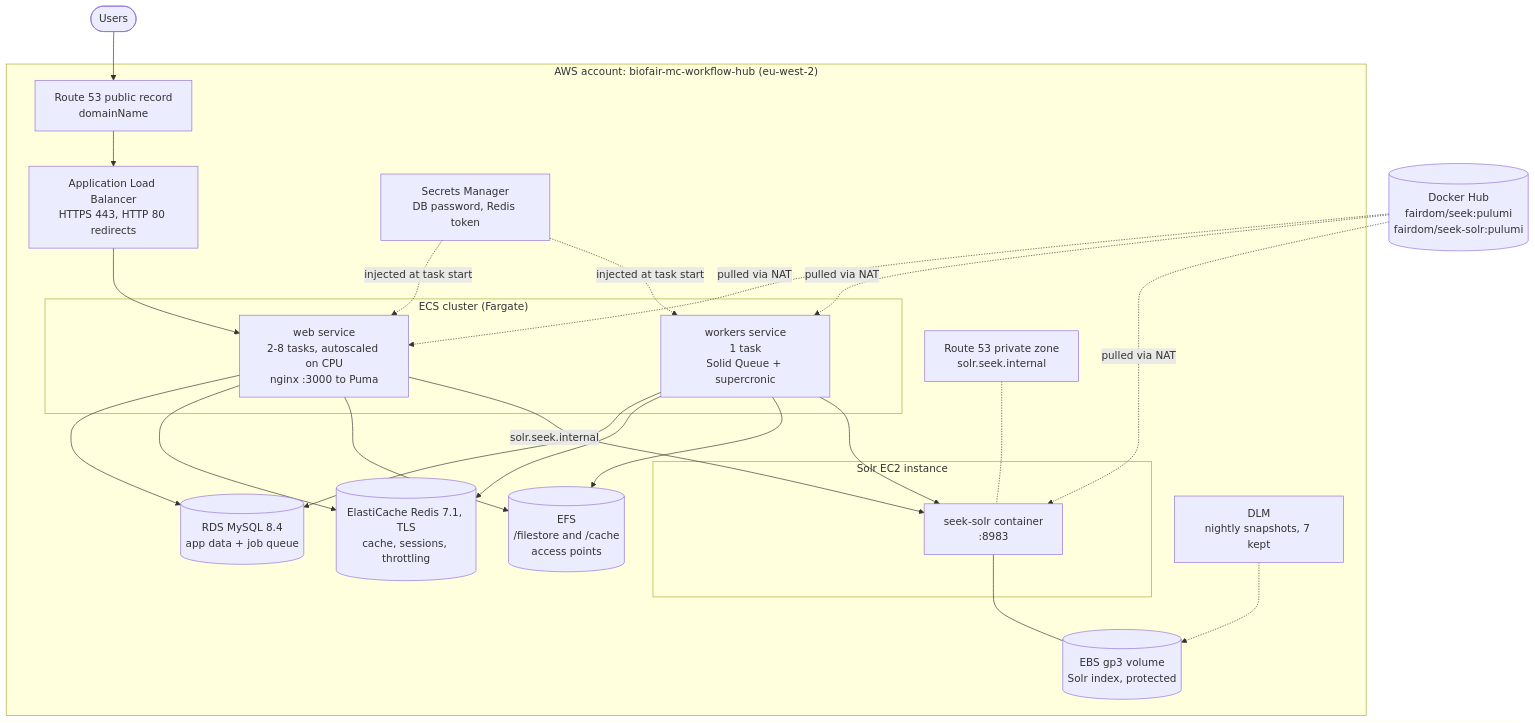
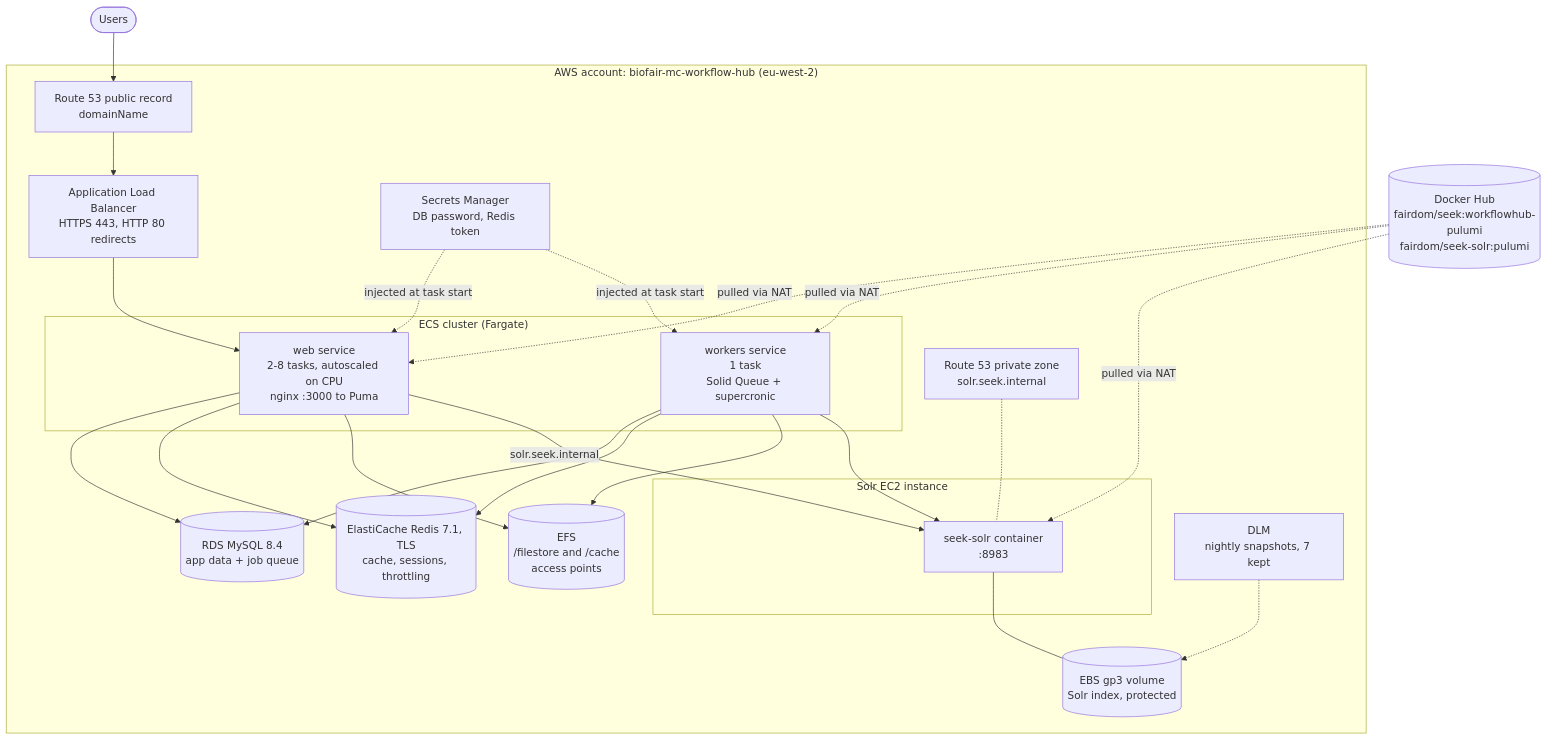
One commit to seek4science/seek changed the second of 4 diagrams in docs/pulumi-architecture.md. Above: the diagram before and after it, drawn with Mermaid. The commit also changed 5 other files, not shown here.

````diff
--- a/docs/pulumi-architecture.md
+++ b/docs/pulumi-architecture.md
@@ -66,45 +66,45 @@
 ```mermaid
 flowchart TB
     users(["Users"])
-    hub[("Docker Hub<br/>fairdom/seek:pulumi<br/>fairdom/seek-solr:pulumi")]
+    hub[("Docker Hub<br/>fairdom/seek:workflowhub-pulumi<br/>fairdom/seek-solr:pulumi")]
 
     subgraph aws["AWS account: biofair-mc-workflow-hub (eu-west-2)"]
         dns["Route 53 public record<br/>domainName"]
         alb["Application Load Balancer<br/>HTTPS 443, HTTP 80 redirects"]
 
         subgraph ecs["ECS cluster (Fargate)"]
             web["web service<br/>2-8 tasks, autoscaled on CPU<br/>nginx :3000 to Puma"]
             workers["workers service<br/>1 task<br/>Solid Queue + supercronic"]
         end
 
         subgraph solrbox["Solr EC2 instance"]
             solr["seek-solr container<br/>:8983"]
         end
         privdns["Route 53 private zone<br/>solr.seek.internal"]
 
         rds[("RDS MySQL 8.4<br/>app data + job queue")]
         redis[("ElastiCache Redis 7.1, TLS<br/>cache, sessions, throttling")]
         efs[("EFS<br/>/filestore and /cache<br/>access points")]
         ebs[("EBS gp3 volume<br/>Solr index, protected")]
         secrets["Secrets Manager<br/>DB password, Redis token"]
         dlm["DLM<br/>nightly snapshots, 7 kept"]
     end
 
     users --> dns --> alb --> web
     web --> rds
     web --> redis
     web --> efs
     web -- "solr.seek.internal" --> solr
     workers --> rds
     workers --> redis
     workers --> efs
     workers --> solr
     privdns -.- solr
     solr --- ebs
     dlm -.-> ebs
     secrets -. "injected at task start" .-> web
     secrets -. "injected at task start" .-> workers
     hub -. "pulled via NAT" .-> web
     hub -. "pulled via NAT" .-> workers
     hub -. "pulled via NAT" .-> solr
 ```
````
